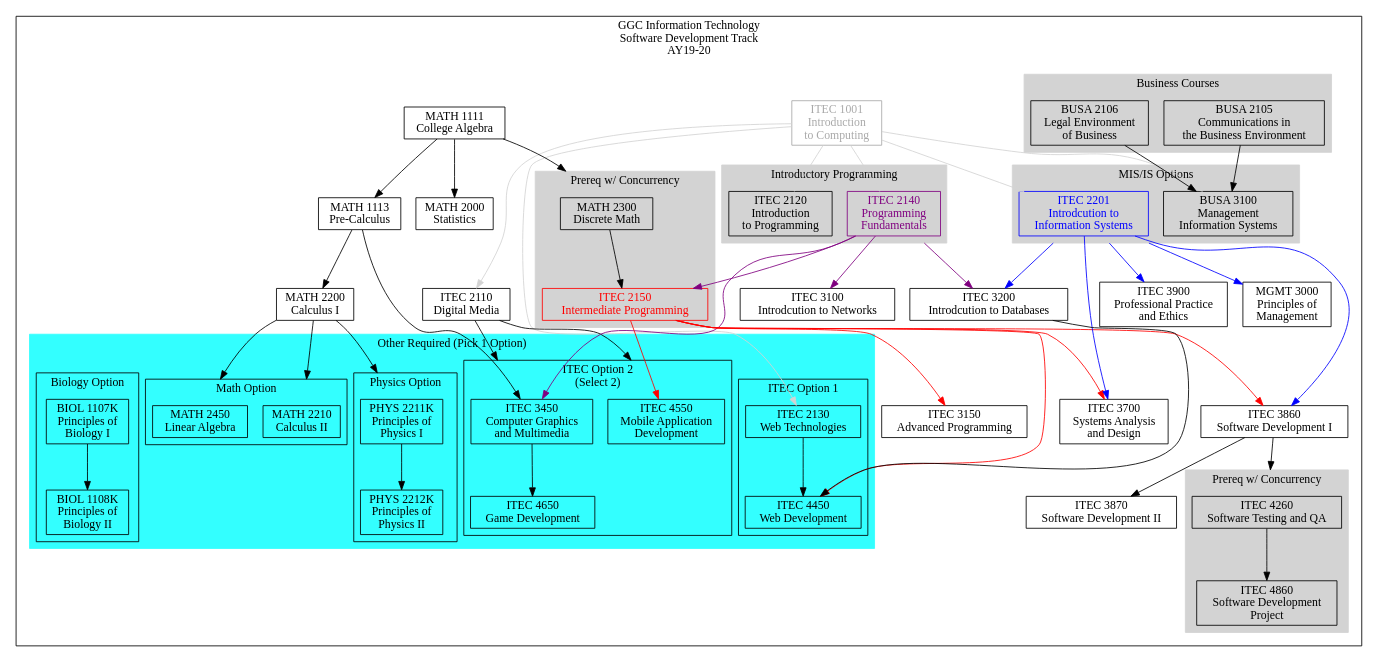
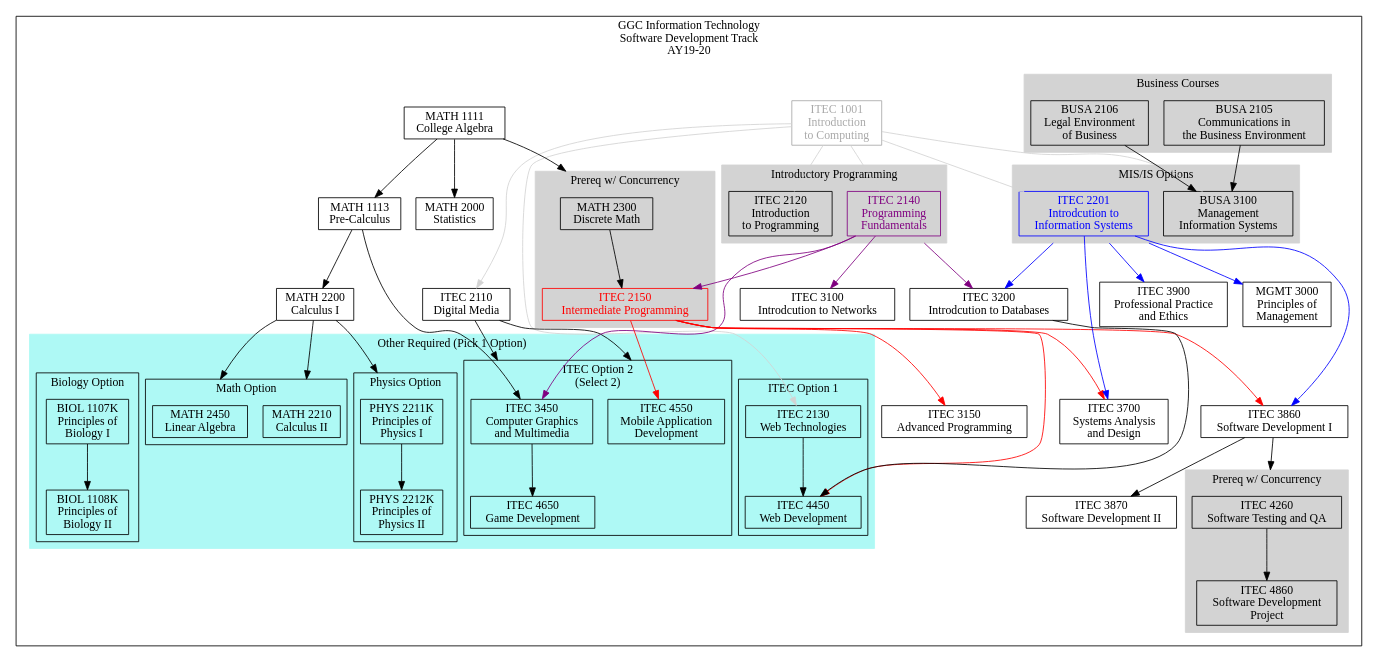
One commit to rjlutz/itec-plans changed the diagram in AY19-20/SoftwareDevelopment.dot. Above: the diagram before and after it, drawn with Graphviz. The commit also changed 1 other file, not shown here.

```diff
--- a/AY19-20/SoftwareDevelopment.dot
+++ b/AY19-20/SoftwareDevelopment.dot
@@ -1,181 +1,181 @@
 digraph G {
 
     node [shape = record, fontname="Sans serif" fontsize="14"];
     compound = true //  needed to link clusters and nodes
     splines = true
     ranksep=0.75
 
      // All
     itec1001[label = "ITEC 1001\nIntroduction \nto Computing" color=darkgray fontcolor=darkgray]
     itec2110[label = "ITEC 2110\nDigital Media"]
     itec2120[label = "ITEC 2120\nIntroduction\nto Programming"]
     itec2130[label = "ITEC 2130\nWeb Technologies"]
     itec2140[label = "ITEC 2140\nProgramming \nFundamentals" color=purple fontcolor=purple]
     itec2150[label = "ITEC 2150\nIntermediate Programming" color=red fontcolor=red]
     itec2201[label = "ITEC 2201\nIntrodcution to\nInformation Systems" color=blue fontcolor=blue]
     itec3100[label = "ITEC 3100\nIntrodcution to Networks"]
     itec3200[label = "ITEC 3200\nIntrodcution to Databases"]
     itec3900[label = "ITEC 3900\nProfessional Practice\nand Ethics"]
     busa2105[label = "BUSA 2105\nCommunications in\nthe Business Environment"]
     busa2106[label = "BUSA 2106\nLegal Environment\nof Business"]
     busa3100[label = "BUSA 3100\nManagement \nInformation Systems"]
     math1111[label = "MATH 1111\nCollege Algebra"]
     math1113[label = "MATH 1113\nPre-Calculus"]
     math2300[label = "MATH 2300\nDiscrete Math"]
     math2000[label = "MATH 2000\nStatistics"]
     math2200[label = "MATH 2200\nCalculus I"]
     mgmt3000[label = "MGMT 3000\nPrinciples of\nManagement"]
 
     // Software Development 
     itec3150[label = "ITEC 3150\nAdvanced Programming"]
     itec3450[label = "ITEC 3450\nComputer Graphics\nand Multimedia"]
     itec3700[label = "ITEC 3700\nSystems Analysis\nand Design"]
     itec3860[label = "ITEC 3860\nSoftware Development I"]
     itec3870[label = "ITEC 3870\nSoftware Development II"]
     itec4260[label = "ITEC 4260\nSoftware Testing and QA"]
     itec4860[label = "ITEC 4860\nSoftware Development\nProject"]
     itec4450[label = "ITEC 4450\nWeb Development"]
     itec4550[label = "ITEC 4550\nMobile Application\nDevelopment"]
     itec4650[label = "ITEC 4650\nGame Development"]
     math2210[label = "MATH 2210\nCalculus II"]
     math2450[label = "MATH 2450\nLinear Algebra"]
     phys2211k[label = "PHYS 2211K\nPrinciples of\nPhysics I"]
     phys2212k[label = "PHYS 2212K\nPrinciples of\nPhysics II"]
     biol1107k[label = "BIOL 1107K\nPrinciples of\nBiology I"]
     biol1108k[label = "BIOL 1108K\nPrinciples of\nBiology II"]
 
 
     subgraph clustersd {
         label="GGC Information Technology\nSoftware Development Track\nAY19-20"
 
         subgraph clusterrequired {
             label=""
             node [style=filled];
             style=filled;
 
             color="#FFFFFF";
             
             itec1001 -> itec2110 [color=lightgray]
             itec1001 -> itec2120 [color=lightgray]
             itec1001 -> itec2130 [color=lightgray]
             itec1001 -> itec2201 [color=lightgray]
             itec1001 -> busa3100 [color=lightgray]
 
             busa2106 -> busa3100
             busa2105 -> busa3100
             itec1001 -> itec2140 [color=lightgray]
             itec2140 -> itec2150 [color=purple]
             itec2150 -> itec3150 [lltail=clusterdiscrete color=red]
 
             itec2140 -> itec3100 [color=purple]
             itec2201 -> itec3200 [color=blue ltail=cluster22013100];
             itec2140 -> itec3200 [ltail=cluster21202140 color=purple]
 
             itec2150 -> itec3700 [lltail=clusterdiscrete color=red]
             itec2201 -> itec3700 [color=blue]
 
             itec2150 -> itec3860 [color=red]
             itec2201 -> itec3860 [color=blue]
             itec3860 -> itec3870
             itec2201 -> itec3900 [ltail=cluster22013100 color=blue]
             itec3860 -> itec4260 [lhead=clusterQA]
             itec2201 -> mgmt3000 [ltail=cluster22013100 color=blue]
 
             math1113 -> math2200
             math1111 -> math1113
             math1111 -> math2000
             math1111 -> math2300 [lhead=clusterdiscrete]
             math2200 -> math2210 [lhead=clustermathopt]
             math2200 -> math2450 [lhead=clustermathopt]
             itec3200 -> itec4450
 
             math1113 -> itec3450
             itec2110 -> itec3450 [lhead=clusteritecopt2]
             itec2140 -> itec3450 [color=purple]
             itec2110 -> itec4550 [lhead=clusteritecopt2]
             math2200 -> phys2211k [lhead=clusterphysopt]
             itec2150 -> itec4550 [color=red]
 
             subgraph cluster21202140 {
                 label = "Introductory Programming";
                 color=lightgrey;
                 itec2120
                 itec2140
             }
             subgraph cluster22013100 {
                 label = "MIS/IS Options";
                 color=lightgrey;
                 itec2201
                 busa3100
             }
             subgraph cluster21052106 {
                 label = "Business Courses"
                 color=lightgrey;
                 busa2105
                 busa2106
             }
             
             subgraph clusterdiscrete {
                 label = "Prereq w/ Concurrency";
                 node [style=filled];
                 style=filled;
                 color=lightgrey;
                 math2300 -> itec2150
             }
 
             subgraph clusterQA {
                 label = "Prereq w/ Concurrency";
                 node [style=filled];
                 style=filled;
                 color=lightgrey;
                 itec4260 -> itec4860
             }
 
             subgraph clusterotherrequired {
                 label = "Other Required (Pick 1 Option)"
                 node [style=filled];
                 style=filled;
                 // graph[style=solid]
-                color="#33ffff"
+                color="#AEF9F5"
 
                 subgraph clusteritecopt1 {
                     label = "ITEC Option 1";
                     graph[style=solid]
                     color=black
                     itec2130 -> itec4450
                     itec2150 -> itec4450 [color=red]
                 }
 
                 subgraph clusteritecopt2 {
                     label = "ITEC Option 2\n(Select 2)"
                     graph[style=solid]
                     color=black
                     itec3450 -> itec4650
                     itec4550
                 }
 
                 subgraph clusterbiolopt {
                     label = "Biology Option";
                     graph[style=solid]
                     color=black
                     biol1107k -> biol1108k
                 }
 
                 subgraph clustermathopt {
                     label = "Math Option";
                     graph[style=solid]
                     color=black
                     math2210
                     math2450
                 }
 
                 subgraph clusterphysopt {
                     label = "Physics Option"
                     graph[style=solid]
                     color=black
                     phys2211k -> phys2212k
                 }
             }
         }    
     }
 }
```
